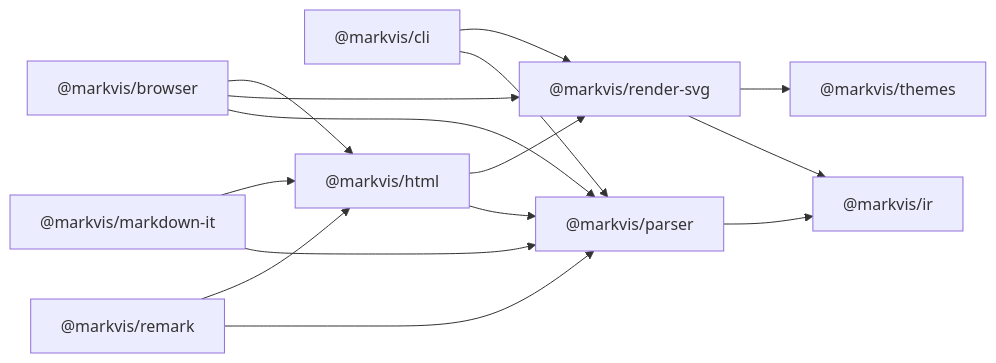
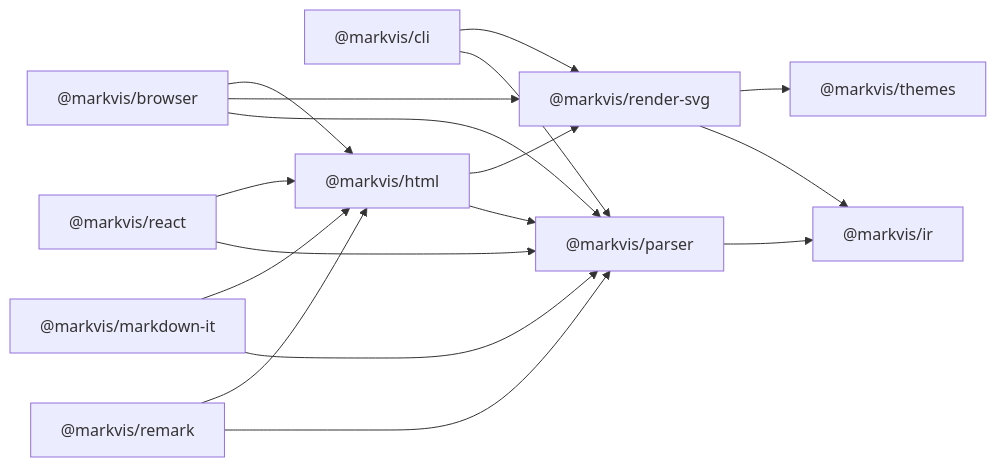
Before and after one commit to geekplux/markvis: the third of 3 diagrams in docs/architecture.md, drawn with Mermaid. The commit also changed other lines of this file and 34 other files, not shown here.

First line of the commit message:
feat(react): draw chart blocks in React, with streaming

````diff
--- a/docs/architecture.md
+++ b/docs/architecture.md
@@ -45,26 +45,29 @@
 ```mermaid
 flowchart LR
   ir["@markvis/ir"]
   parser["@markvis/parser"]
   themes["@markvis/themes"]
   render["@markvis/render-svg"]
   cli["@markvis/cli"]
   remark["@markvis/remark"]
   mdit["@markvis/markdown-it"]
   html["@markvis/html"]
+  react["@markvis/react"]
   browser["@markvis/browser"]
   parser --> ir
   render --> ir
   render --> themes
   cli --> parser
   cli --> render
   html --> parser
   html --> render
   remark --> parser
   remark --> html
   mdit --> parser
   mdit --> html
+  react --> parser
+  react --> html
   browser --> parser
   browser --> render
   browser --> html
 ```
````
